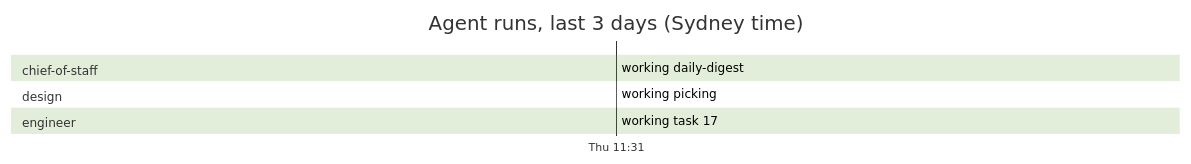
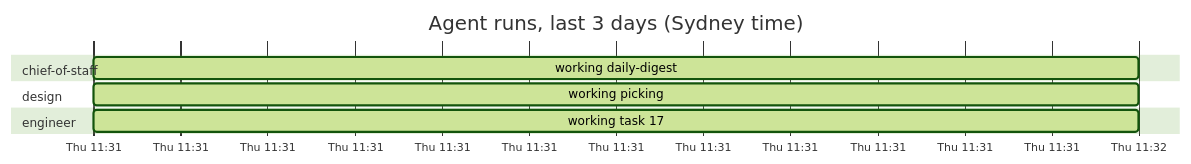
Before and after one commit to roulmediateam-byte/fifteen-expert-hq: the diagram in dashboard.md, drawn with Mermaid (forest theme). The commit also changed other lines of this file and 1 other file, not shown here.

Commit message:
Mission control 2026-11-05T00:32Z

````diff
--- a/dashboard.md
+++ b/dashboard.md
@@ -28,12 +28,12 @@
 ```mermaid
 gantt
     title Agent runs, last 3 days (Sydney time)
     dateFormat YYYY-MM-DD HH:mm
     axisFormat %a %H:%M
     section chief-of-staff
-    working daily-digest :active, 2026-11-05 11:31, 2026-11-05 11:31
+    working daily-digest :active, 2026-11-05 11:31, 2026-11-05 11:32
     section design
-    working picking :active, 2026-11-05 11:31, 2026-11-05 11:31
+    working picking :active, 2026-11-05 11:31, 2026-11-05 11:32
     section engineer
-    working task 17 :active, 2026-11-05 11:31, 2026-11-05 11:31
+    working task 17 :active, 2026-11-05 11:31, 2026-11-05 11:32
 ```
````
